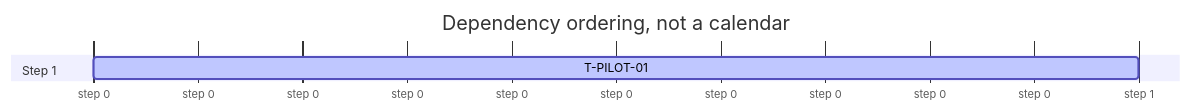
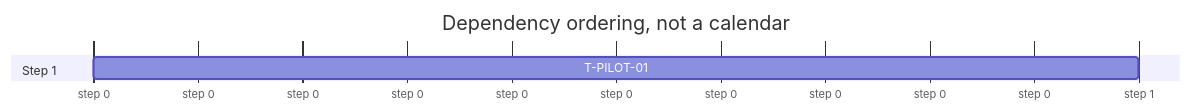
Before and after one commit to qomero/prokron: the diagram in .prokron/timeline.mmd, drawn with Mermaid. The commit also changed 22 other files, not shown here.

```diff
--- a/.prokron/timeline.mmd
+++ b/.prokron/timeline.mmd
@@ -1,9 +1,9 @@
 ---
 displayMode: compact
 ---
 gantt
     title Dependency ordering, not a calendar
     dateFormat X
     axisFormat step %s
     section Step 1
-    T-PILOT-01 : active, 0, 1
+    T-PILOT-01 : 0, 1
```
